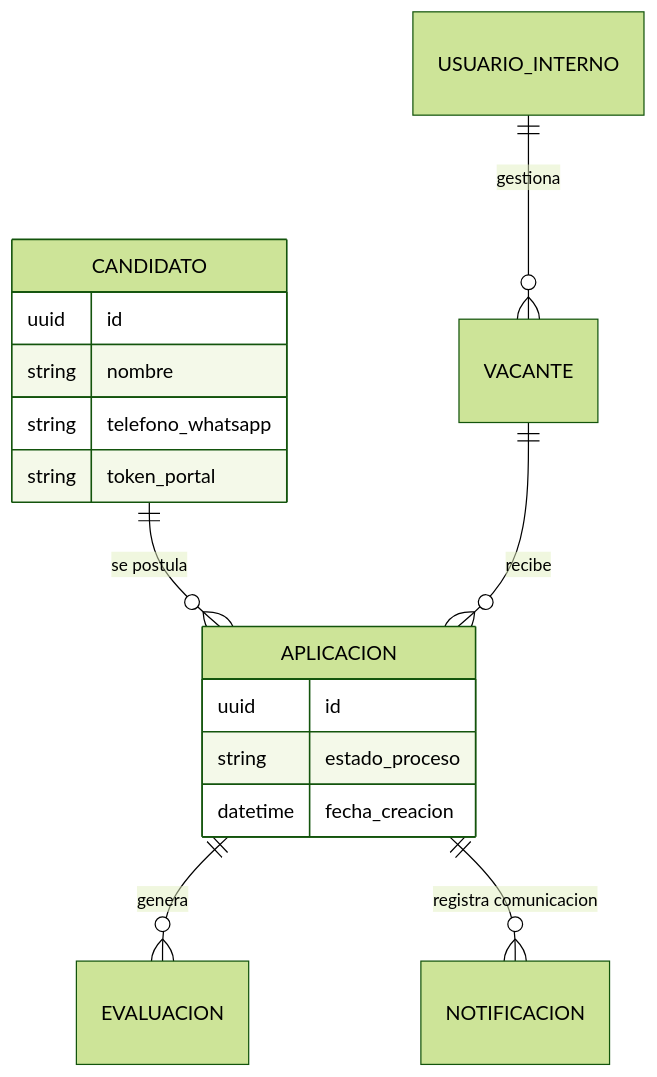
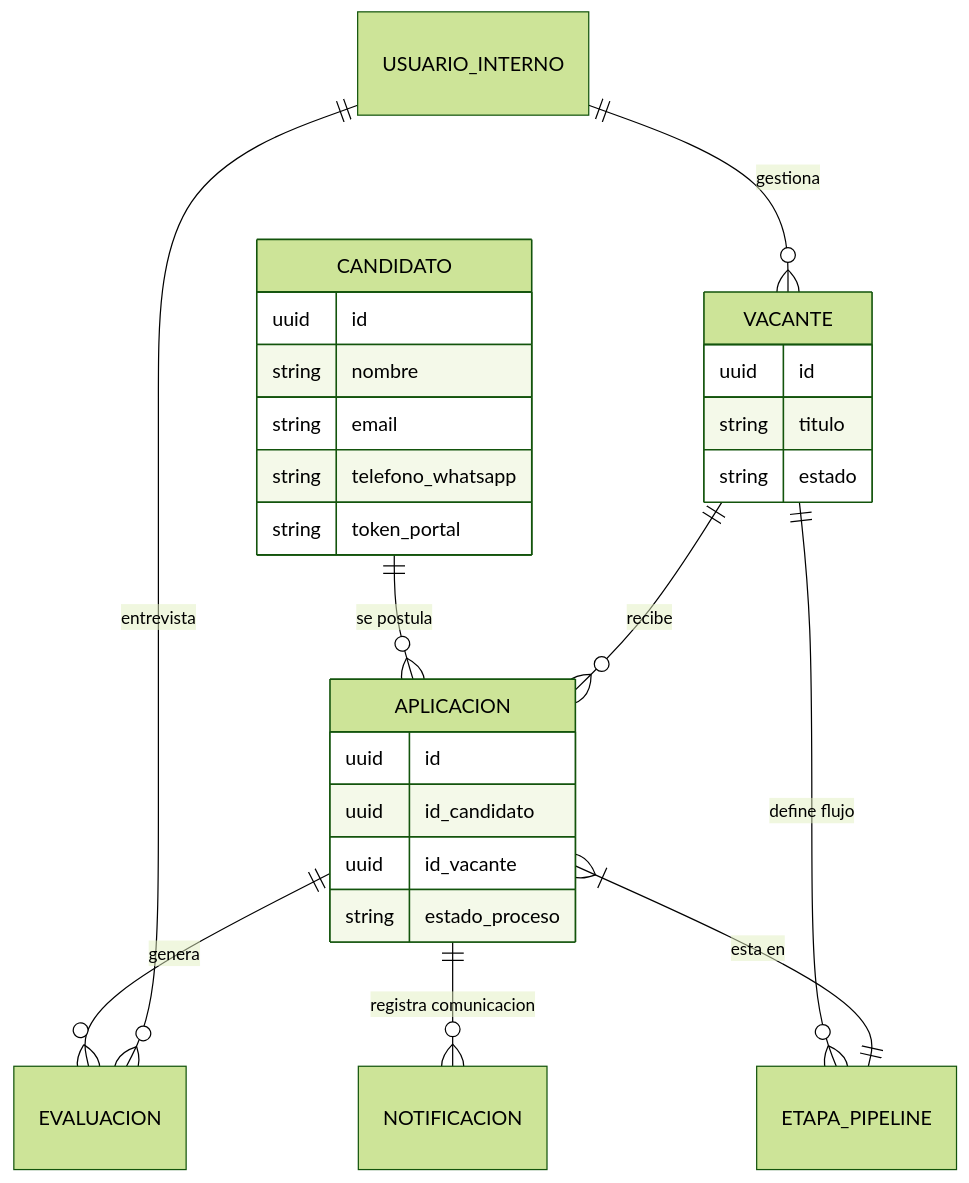
The third of 5 diagrams in LTI-JGJ/LTI-JGJ.md (Julio-Glez/AI4Devs-design-1-202602), drawn with Mermaid (forest theme) before and after one commit. The commit also changed other lines of this file, not shown here.

````diff
--- a/LTI-JGJ/LTI-JGJ.md
+++ b/LTI-JGJ/LTI-JGJ.md
@@ -141,20 +137,30 @@
 ```mermaid
 erDiagram
     CANDIDATO ||--o{ APLICACION : "se postula"
     VACANTE ||--o{ APLICACION : "recibe"
+    VACANTE ||--o{ ETAPA_PIPELINE : "define flujo"
     APLICACION ||--o{ EVALUACION : "genera"
     APLICACION ||--o{ NOTIFICACION : "registra comunicacion"
+    APLICACION }|--|| ETAPA_PIPELINE : "esta en"
     USUARIO_INTERNO ||--o{ VACANTE : "gestiona"
+    USUARIO_INTERNO ||--o{ EVALUACION : "entrevista"
 
     CANDIDATO {
         uuid id
         string nombre
+        string email
         string telefono_whatsapp
         string token_portal
     }
+    VACANTE {
+        uuid id
+        string titulo
+        string estado
+    }
     APLICACION {
         uuid id
+        uuid id_candidato
+        uuid id_vacante
         string estado_proceso
-        datetime fecha_creacion
     }
 ```
````
